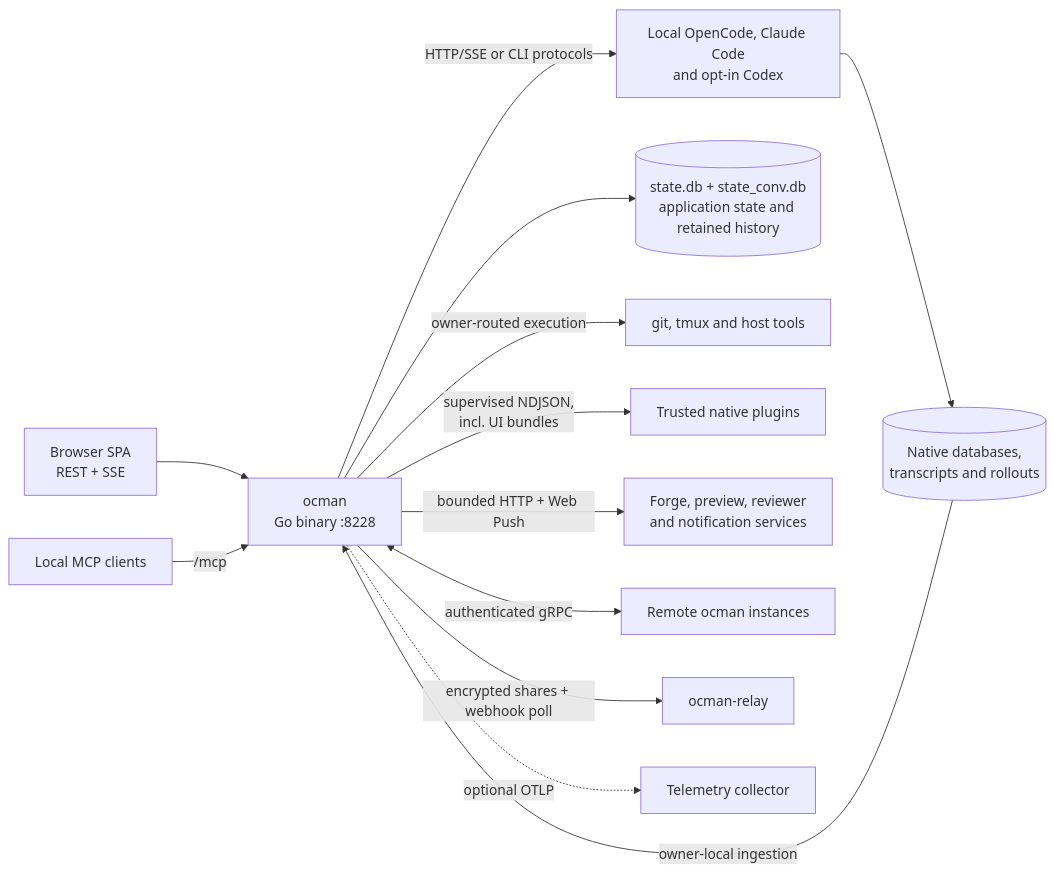
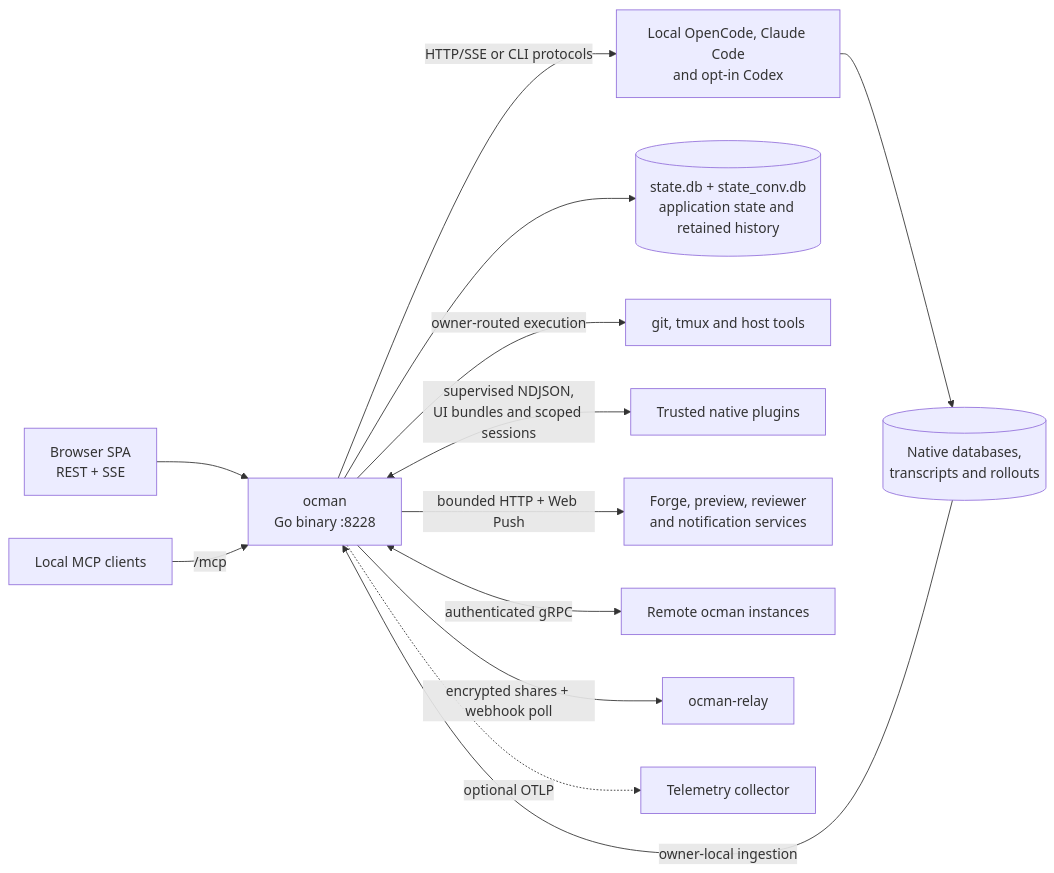
Before and after one commit to ocman/ocman: the sixth of 21 diagrams in docs/other/architecture.md, drawn with Mermaid. The commit also changed other lines of this file and 15 other files, not shown here.

Commit message:
feat: add read-only source sessions for plugins

````diff
--- a/docs/other/architecture.md
+++ b/docs/other/architecture.md
@@ -194,15 +194,15 @@
 ```mermaid
 flowchart LR
     Browser[Browser SPA<br/>REST + SSE] --> Ocman[ocman<br/>Go binary :8228]
     Agent[Local MCP clients] -->|/mcp| Ocman
     Ocman -->|HTTP/SSE or CLI protocols| Platforms[Local OpenCode, Claude Code<br/>and opt-in Codex]
     Platforms --> Native[(Native databases,<br/>transcripts and rollouts)]
     Native -->|owner-local ingestion| Ocman
     Ocman --> Stores[(state.db + state_conv.db<br/>application state and retained history)]
     Ocman -->|owner-routed execution| Tools[git, tmux and host tools]
-    Ocman -->|supervised NDJSON,<br/>incl. UI bundles| Plugins[Trusted native plugins]
+    Ocman <-->|supervised NDJSON,<br/>UI bundles and scoped sessions| Plugins[Trusted native plugins]
     Ocman -->|bounded HTTP + Web Push| Services[Forge, preview, reviewer<br/>and notification services]
     Ocman <-->|authenticated gRPC| Remotes[Remote ocman instances]
     Ocman -->|encrypted shares + webhook poll| Relay[ocman-relay]
     Ocman -.->|optional OTLP| Otel[Telemetry collector]
 ```
````
